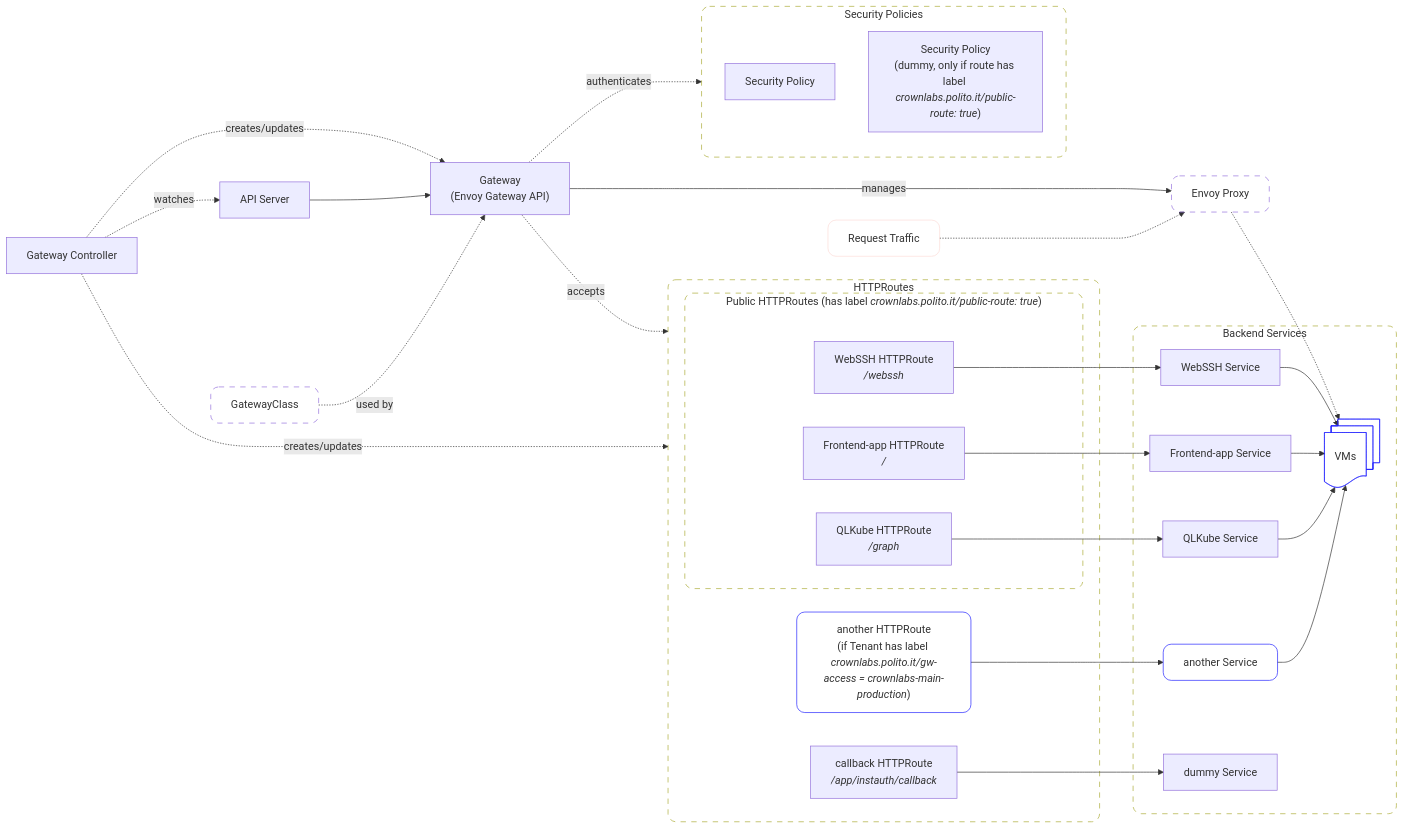
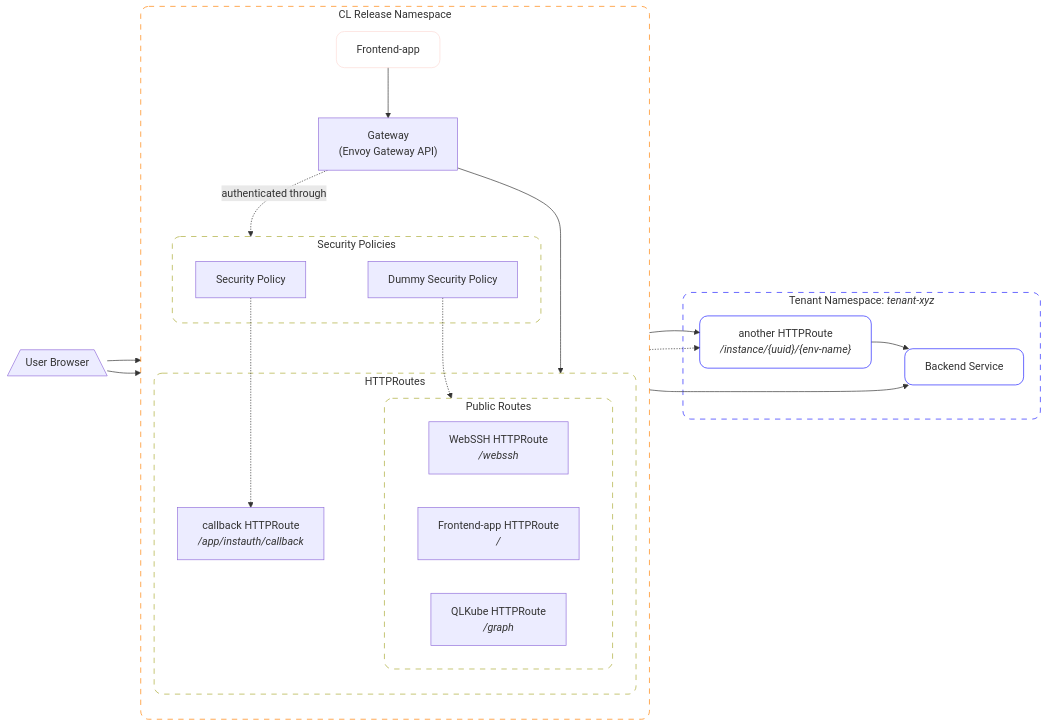
One commit to alexannekk/CrownLabs changed the fourth of 8 diagrams in BIGPICTURE.md. Above: the diagram before and after it, drawn with Mermaid. The commit also changed other lines of this file, not shown here.

Commit message:
edit gateway graph

````diff
--- a/BIGPICTURE.md
+++ b/BIGPICTURE.md
@@ -176,70 +178,61 @@
 ```mermaid
 flowchart LR
 
-Gateway["`Gateway
-    (Envoy Gateway API)`"]
-Proxy["Envoy Proxy"]:::GenericDomainStyle
-GatewayClass["GatewayClass"]:::GenericDomainStyle
-GatewayController["Gateway Controller"]
-APIServer["API Server"]
-subgraph Routes["HTTPRoutes"]
-    subgraph PublicRoutes["`Public HTTPRoutes (has label _crownlabs.polito.it/public-route: true_)`"]
-    WebSSHRoute["`WebSSH HTTPRoute 
-        _/webssh_`"]
-    FrontendRoute["`Frontend-app HTTPRoute
-        _/_`"]
-    QLKubeRoute["`QLKube HTTPRoute
-        _/graph_`"]
+User@{shape: trap-b, label: "User Browser"}
+
+subgraph ReleaseNS["CL Release Namespace"]
+    direction TB
+
+    Gateway["`Gateway
+        (Envoy Gateway API)`"]
+    FrontendApp["Frontend-app"]:::FrontendStyle
+
+    subgraph Routes["HTTPRoutes"]
+        subgraph PublicRoutes["Public Routes"]
+            WebSSHRoute["`WebSSH HTTPRoute
+                _/webssh_`"]
+            FrontendRoute["`Frontend-app HTTPRoute
+                _/_`"]
+            QLKubeRoute["`QLKube HTTPRoute
+                _/graph_`"]
+        end
+        CallbackRoute["`callback HTTPRoute
+            _/app/instauth/callback_`"]
     end
-    CallbackRoute["`callback HTTPRoute 
-        _/app/instauth/callback_`"]
+
+    subgraph SecPols["Security Policies"]
+        SecPolG["Security Policy"]
+        SecPolDummy["Dummy Security Policy"]
+    end
+end
+subgraph TenantNS["`Tenant Namespace: _tenant-xyz_`"]
     OtherRoute["`another HTTPRoute
-        (if Tenant has label 
-        _crownlabs.polito.it/gw-access = crownlabs-main-production_)`"]:::TenantStyle
+        _/instance/{uuid}/{env-name}_`"]
+    BackendService["Backend Service"]
 end
-subgraph Backends["Backend Services"]
-    WebSSHService["WebSSH Service"]
-    FrontendService["Frontend-app Service"]
-    QLKubeService["QLKube Service"]
-    OtherService["another Service"]:::TenantStyle
-    DummyService["dummy Service"]
-    VM@{shape: docs, label: "VMs"}
-end
-subgraph SecPols["Security Policies"]
-    SecPolG["Security Policy"]
-    SecPolDummy["`Security Policy
-        (dummy, only if route has label 
-        _crownlabs.polito.it/public-route: true_)`"]
-end
-Traffic["Request Traffic"]:::FrontendStyle
 
-Gateway -- manages --> Proxy
-Gateway -. accepts .-> Routes
-Gateway -. authenticates .-> SecPols
-Traffic .-> Proxy .-> VM
+User --> Gateway
+User --> FrontendApp
+FrontendApp --> Gateway
 
-WebSSHRoute --> WebSSHService
-FrontendRoute --> FrontendService
-QLKubeRoute --> QLKubeService
-OtherRoute --> OtherService
-CallbackRoute --> DummyService
+Gateway --> Routes
+Gateway -. authenticated through .-> SecPols
+Gateway --> OtherRoute
+SecPolDummy -.-> PublicRoutes
+SecPolG -.-> CallbackRoute
+SecPolG -.-> OtherRoute
 
-WebSSHService --> VM
-FrontendService --> VM
-QLKubeService --> VM
-OtherService --> VM
+PublicRoutes --> BackendService
+OtherRoute --> BackendService
 
-GatewayController -. watches .-> APIServer
-GatewayController -. creates/updates .-> Gateway
-GatewayController -. creates/updates .-> Routes
-
-APIServer --> Gateway
-GatewayClass -. used by .-> Gateway
-
+classDef ReleaseNSStyle stroke:#FF8000,rx:12,ry:12,fill:none,stroke-dasharray:8
+classDef TenantNSStyle stroke:#2222FF,rx:12,ry:12,fill:none,stroke-dasharray:8
 classDef GenericDomainStyle fill:none,rx:12,ry:12,stroke-dasharray:8
 classDef TenantStyle stroke:#2222FF,rx:12,ry:12,fill:none
 classDef FrontendStyle stroke:#FDDCD7,rx:12,ry:12,fill:none
 
-class Routes,PublicRoutes,SecPols,Backends GenericDomainStyle
-class VM TenantStyle
+class ReleaseNS ReleaseNSStyle
+class TenantNS TenantNSStyle
+class Routes,PublicRoutes,SecPols GenericDomainStyle
+class OtherRoute,BackendService TenantStyle
 ```
````
